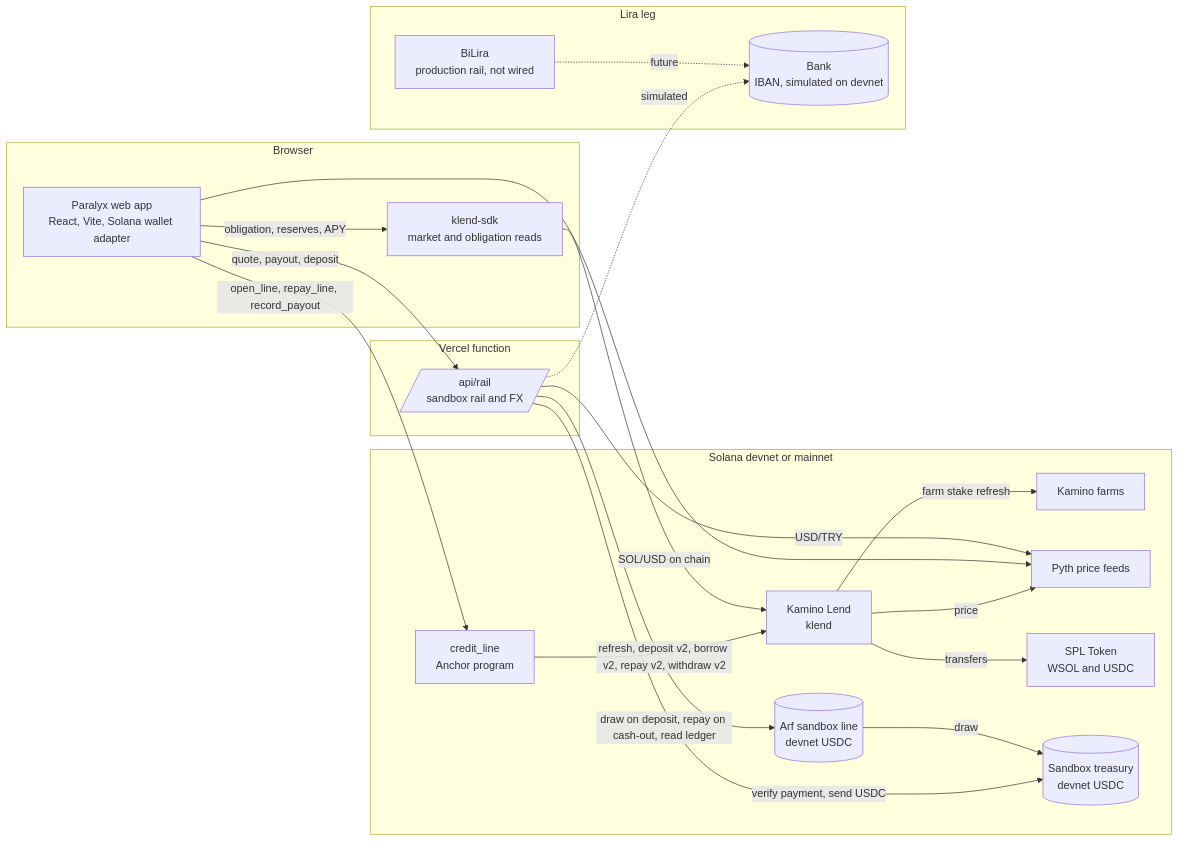
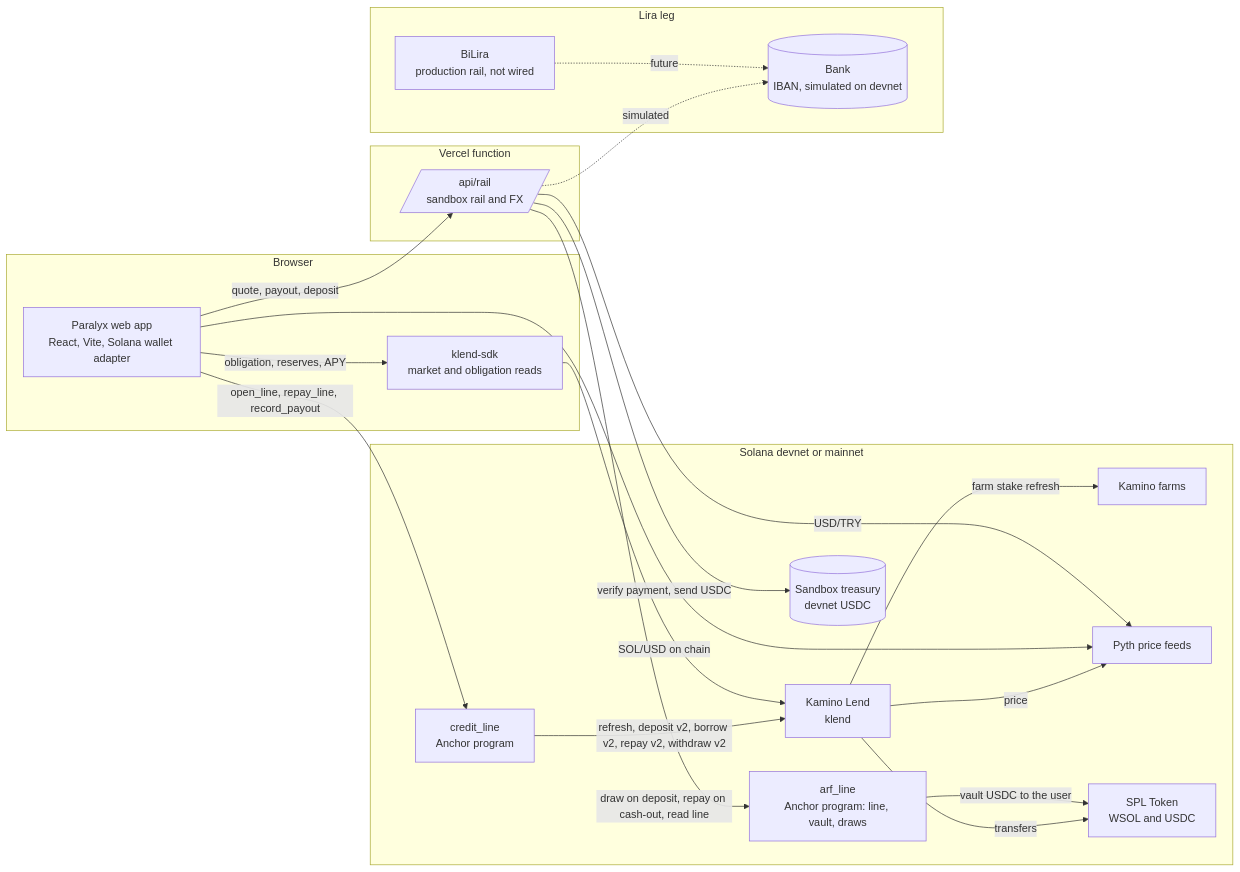
The first of 2 diagrams in README.md (dr-wilson-empty/paralyx-arf), drawn with Mermaid before and after one commit. The commit also changed other lines of this file, not shown here.

First line of the commit message:
docs: the arf_line program in the README, with its devnet run

````diff
--- a/README.md
+++ b/README.md
@@ -89,38 +93,38 @@
 ```mermaid
 flowchart LR
   subgraph Browser
     UI[Paralyx web app<br/>React, Vite, Solana wallet adapter]
     SDK[klend-sdk<br/>market and obligation reads]
   end
   subgraph Server[Vercel function]
     RAIL[/api/rail<br/>sandbox rail and FX/]
   end
   subgraph Solana[Solana devnet or mainnet]
     PLX[credit_line<br/>Anchor program]
     KL[Kamino Lend<br/>klend]
     FM[Kamino farms]
     PY[Pyth price feeds]
     TOK[SPL Token<br/>WSOL and USDC]
     TR[(Sandbox treasury<br/>devnet USDC)]
-    ARF[(Arf sandbox line<br/>devnet USDC)]
+    ARF[arf_line<br/>Anchor program: line, vault, draws]
   end
   subgraph Lira[Lira leg]
     BANK[(Bank<br/>IBAN, simulated on devnet)]
     BL[BiLira<br/>production rail, not wired]
   end
   UI -- open_line, repay_line, record_payout --> PLX
   PLX -- refresh, deposit v2, borrow v2, repay v2, withdraw v2 --> KL
   KL -- farm stake refresh --> FM
   KL -- price --> PY
   KL -- transfers --> TOK
   UI -- obligation, reserves, APY --> SDK
   SDK --> KL
   UI -- SOL/USD on chain --> PY
   UI -- quote, payout, deposit --> RAIL
   RAIL -- verify payment, send USDC --> TR
-  RAIL -- draw on deposit, repay on cash-out, read ledger --> ARF
-  ARF -- draw --> TR
+  RAIL -- draw on deposit, repay on cash-out, read line --> ARF
+  ARF -- vault USDC to the user --> TOK
   RAIL -- USD/TRY --> PY
   RAIL -. simulated .-> BANK
   BL -. future .-> BANK
 ```
````
